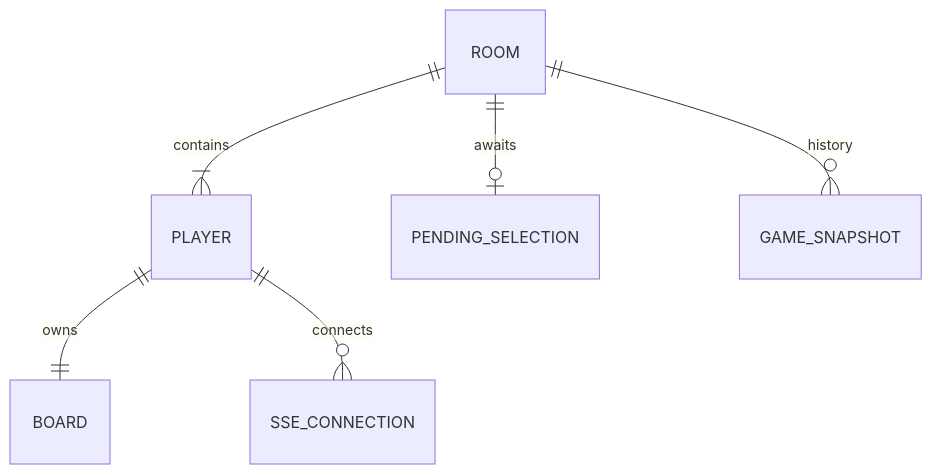
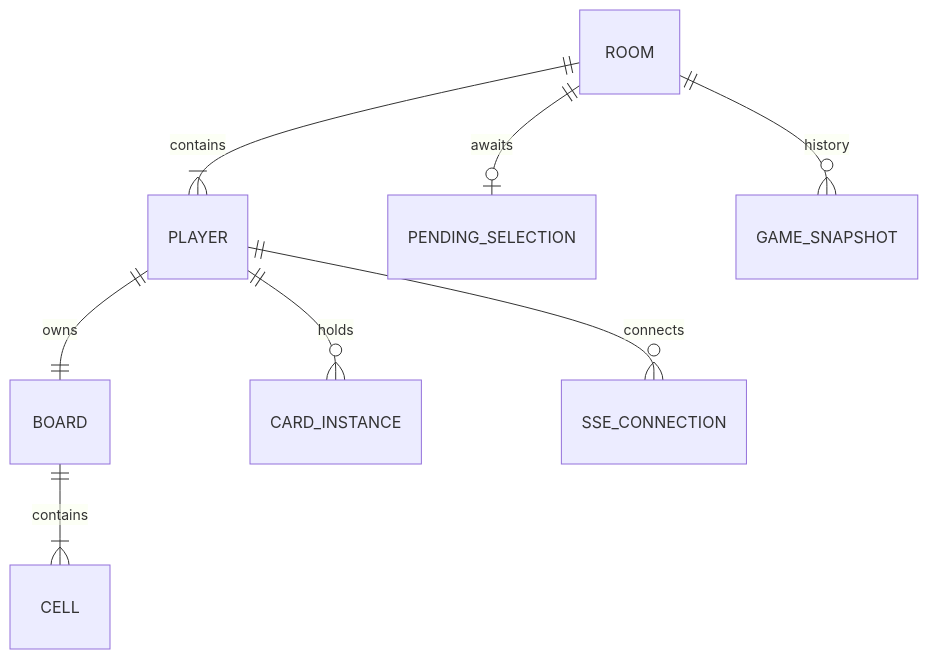
One commit to as468579/BingoGame changed the second of 3 diagrams in docs/architecture.md. Above: the diagram before and after it, drawn with Mermaid. The commit also changed other lines of this file and 26 other files, not shown here.

First line of the commit message:
feat: add cell states, player hands, and offline cleanup

````diff
--- a/docs/architecture.md
+++ b/docs/architecture.md
@@ -42,8 +45,10 @@
 ```mermaid
 erDiagram
   ROOM ||--|{ PLAYER : contains
   ROOM ||--o| PENDING_SELECTION : awaits
   ROOM ||--o{ GAME_SNAPSHOT : history
   PLAYER ||--|| BOARD : owns
+  BOARD ||--|{ CELL : contains
+  PLAYER ||--o{ CARD_INSTANCE : holds
   PLAYER ||--o{ SSE_CONNECTION : connects
 ```
````
